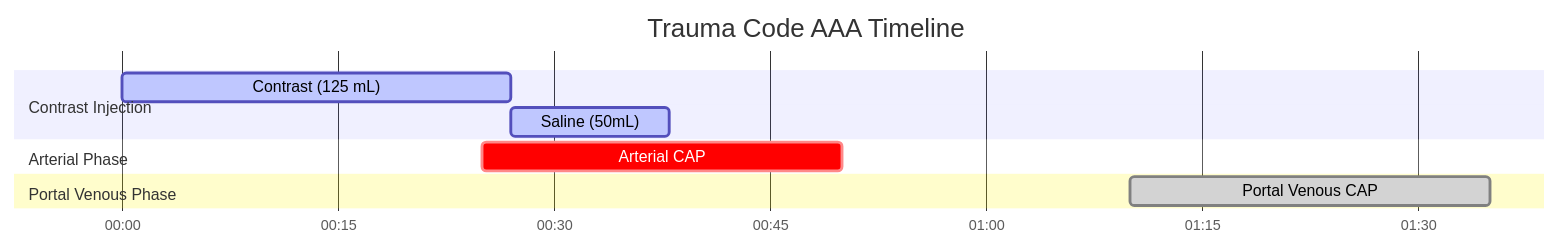
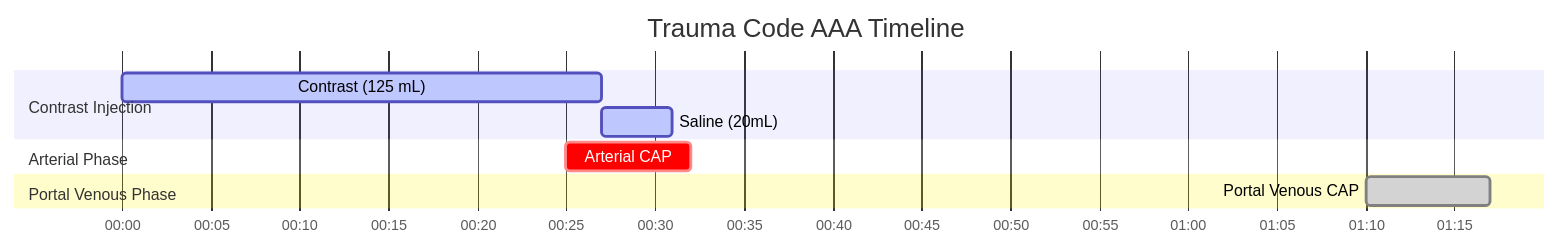
The diagram in docs/ct/trauma/trauma-code-aaa.md (dfergs93/radiology-protocols), drawn with Mermaid before and after one commit. The commit also changed other lines of this file and 113 other files, not shown here.

````diff
--- a/docs/ct/trauma/trauma-code-aaa.md
+++ b/docs/ct/trauma/trauma-code-aaa.md
@@ -84,18 +85,18 @@
   ```mermaid
   ---
   config:
     theme: default
   ---
     gantt
       title Trauma Code AAA Timeline
       dateFormat mm:ss
       axisFormat %M:%S 
       
       section Contrast Injection
       Contrast (125 mL)    :active, contrast, 00:00, 27s
-      Saline (50mL)          :active, saline, after contrast, 11s
+      Saline (20mL)          :active, saline, after contrast, 4s
       section Arterial Phase
-      Arterial CAP    :crit, scan1, 00:25, 25s
+      Arterial CAP    :crit, scan1, 00:25, 7s
       section Portal Venous Phase
-      Portal Venous CAP    :done, scan2, 01:10, 25s
+      Portal Venous CAP    :done, scan2, 01:10, 7s
   ```
````
